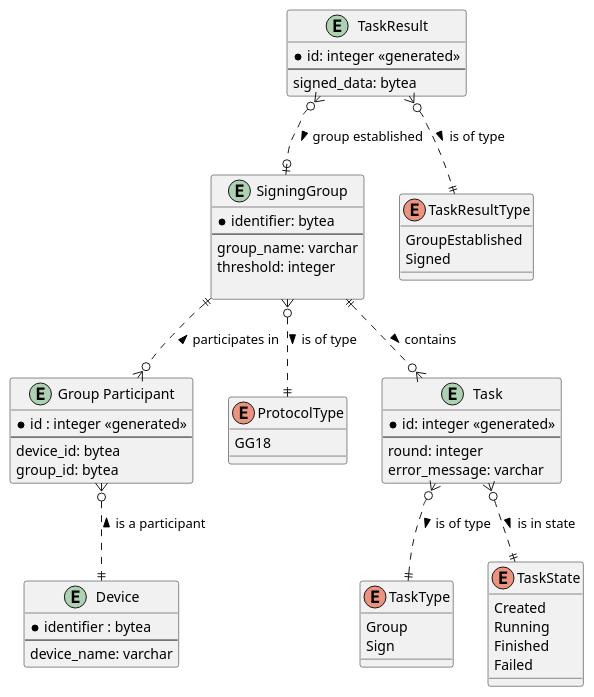
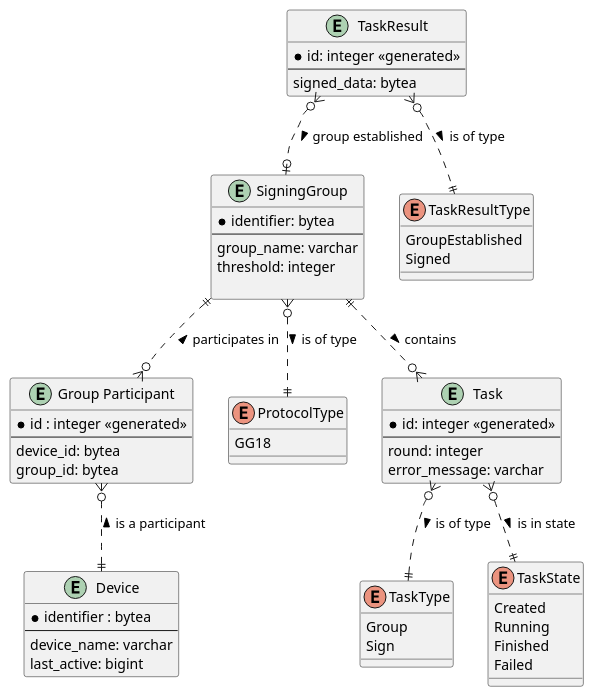
One commit to KristianMika/meesign-server changed the diagram in docs/diagrams/ServerDb.plantuml. Above: the diagram before and after it, drawn with PlantUML. The commit also changed 11 other files, not shown here.

```diff
--- a/docs/diagrams/ServerDb.plantuml
+++ b/docs/diagrams/ServerDb.plantuml
@@ -1,74 +1,75 @@
 @startuml ServerDb
 
 ' skinparam linetype ortho
 
 ' hide circle
 
 entity "Device" as device {
     * identifier : bytea
     --
     device_name: varchar
+    last_active: bigint
 }
 
 entity "Group Participant" as group_pariticipant {
     * id : integer <<generated>>
     --
     device_id: bytea
     group_id: bytea
 }
 
 entity "SigningGroup" as group {
     * identifier: bytea
     --
     group_name: varchar
     threshold: integer
 
 }
 
 enum "ProtocolType" as protocol_type {
     GG18
 }
 
 
 entity "Task" as task {
     * id: integer <<generated>>
     --
     round: integer
     error_message: varchar
 }
 
 enum "TaskType" as task_type {
     Group
     Sign
 
 }
 
 enum "TaskState" as stask_state {
     Created
     Running
     Finished
     Failed
 }
 
 entity "TaskResult" as task_result {
     * id: integer <<generated>>
     --
     signed_data: bytea
 }
 
 enum "TaskResultType" as task_result_type {
     GroupEstablished
     Signed
 }
 
 group ||..o{ group_pariticipant: < participates in
 group_pariticipant }o..|| device: < is a participant
 group }o..|| protocol_type: > is of type
 task }o..|| task_type: > is of type
 group ||..o{ task: > contains
 task }o..|| stask_state: > is in state
 task_result }o..o| group : > group established
 task_result }o..|| task_result_type: > is of type
 
 
 @enduml
```
